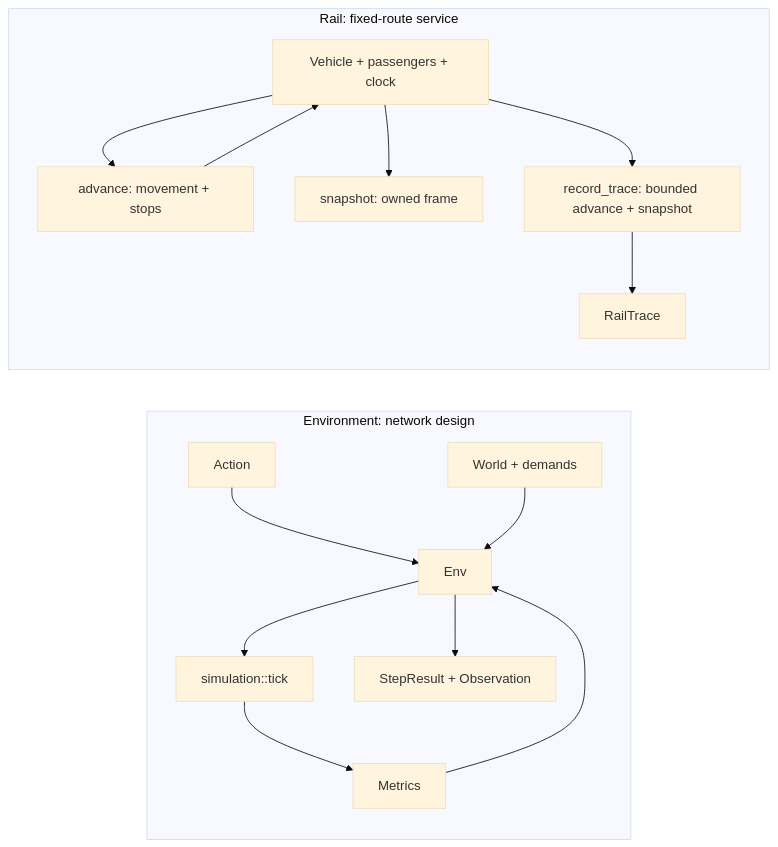
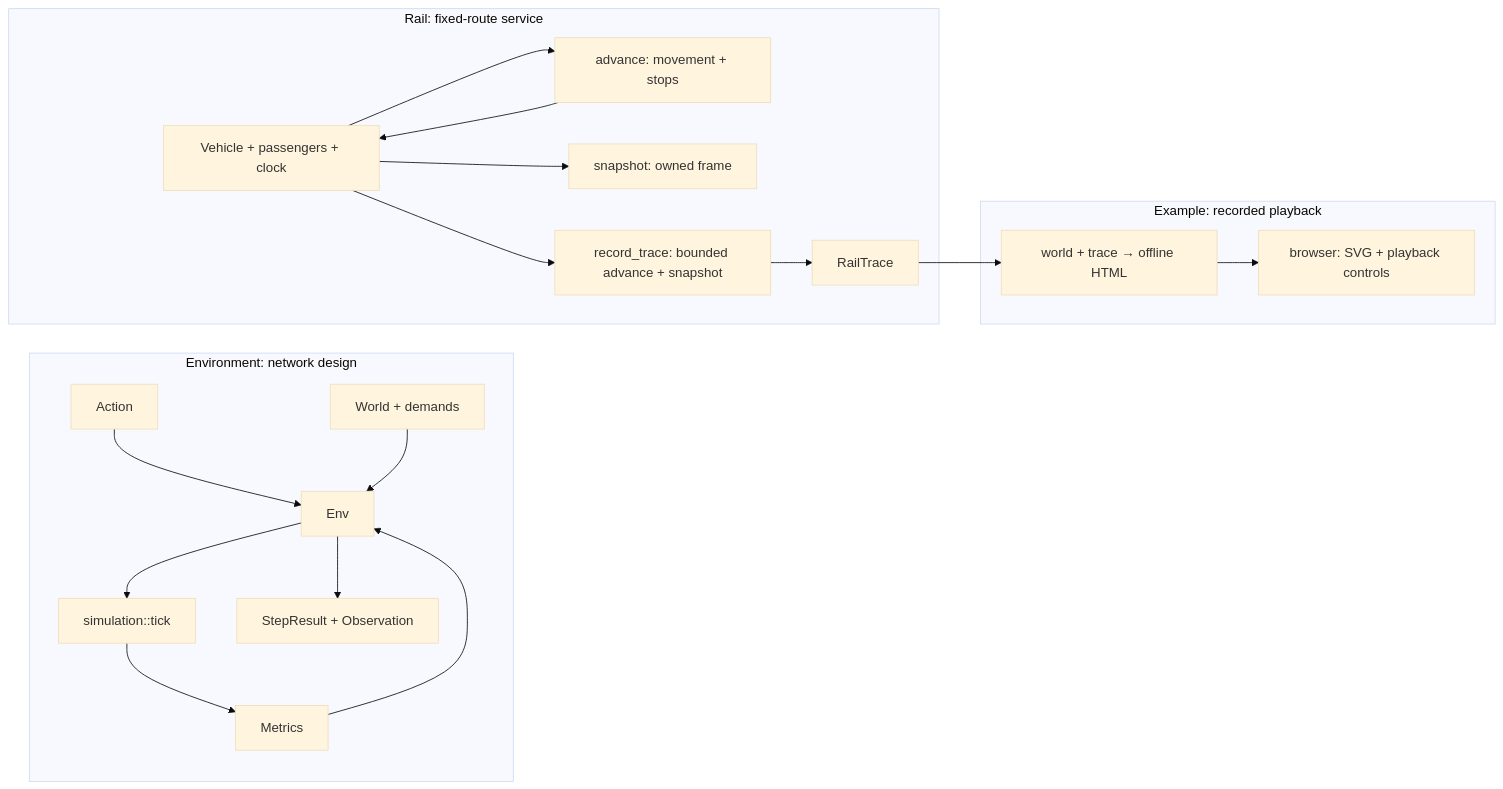
The diagram in ARCHITECTURE.md (utilForever/urbanflow), drawn with Mermaid (base theme) before and after one commit. The commit also changed other lines of this file, not shown here.

Commit message:
docs: define Rail simulation and playback boundaries

````diff
--- a/ARCHITECTURE.md
+++ b/ARCHITECTURE.md
@@ -9,18 +9,22 @@
 ```mermaid
 flowchart LR
     subgraph Environment["Environment: network design"]
         Action --> Env
         World["World + demands"] --> Env
         Env --> Allocation["simulation::tick"]
         Allocation --> Metrics
         Metrics --> Env
         Env --> Result["StepResult + Observation"]
     end
     subgraph Rail["Rail: fixed-route service"]
         State["Vehicle + passengers + clock"] --> Advance["advance: movement + stops"]
         Advance --> State
         State --> Snapshot["snapshot: owned frame"]
         State --> Record["record_trace: bounded advance + snapshot"]
         Record --> Trace["RailTrace"]
     end
+    subgraph Presentation["Example: recorded playback"]
+        Trace --> HTML["world + trace → offline HTML"]
+        HTML --> Viewer["browser: SVG + playback controls"]
+    end
 ```
````
